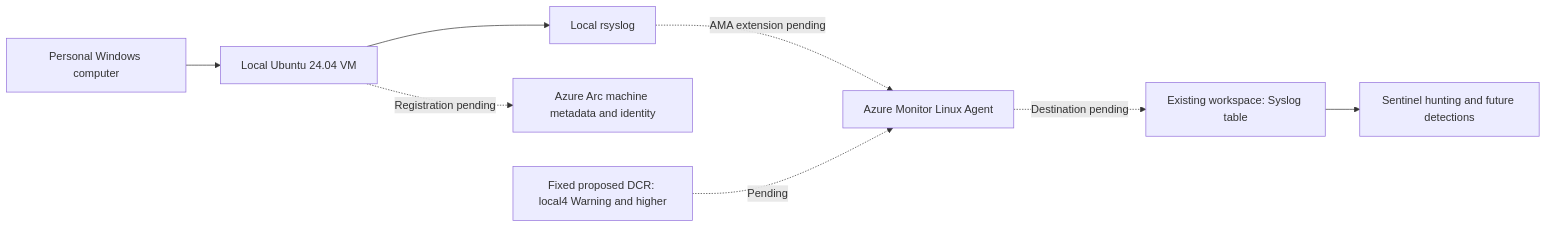
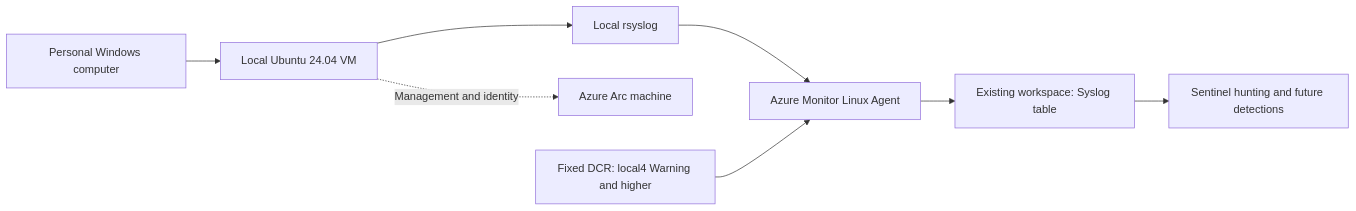
Before and after one commit to miguelcastu/SentinelOps-MXDR: the diagram in docs/onboarding/local-linux-ama.md, drawn with Mermaid. The commit also changed other lines of this file and 15 other files, not shown here.

Commit message:
docs: record verified Arc AMA pilot and stopped guest

````diff
--- a/docs/onboarding/local-linux-ama.md
+++ b/docs/onboarding/local-linux-ama.md
@@ -13,10 +13,10 @@
 ```mermaid
 flowchart LR
     HOST[Personal Windows computer] --> VM[Local Ubuntu 24.04 VM]
     VM --> RS[Local rsyslog]
-    VM -. Registration pending .-> ARC[Azure Arc machine metadata and identity]
-    RS -. AMA extension pending .-> AMA[Azure Monitor Linux Agent]
-    DCR[Fixed proposed DCR: local4 Warning and higher] -. Pending .-> AMA
-    AMA -. Destination pending .-> SYS[Existing workspace: Syslog table]
+    VM -. Management and identity .-> ARC[Azure Arc machine]
+    RS --> AMA[Azure Monitor Linux Agent]
+    DCR[Fixed DCR: local4 Warning and higher] --> AMA
+    AMA --> SYS[Existing workspace: Syslog table]
     SYS --> SENT[Sentinel hunting and future detections]
 ```
````
